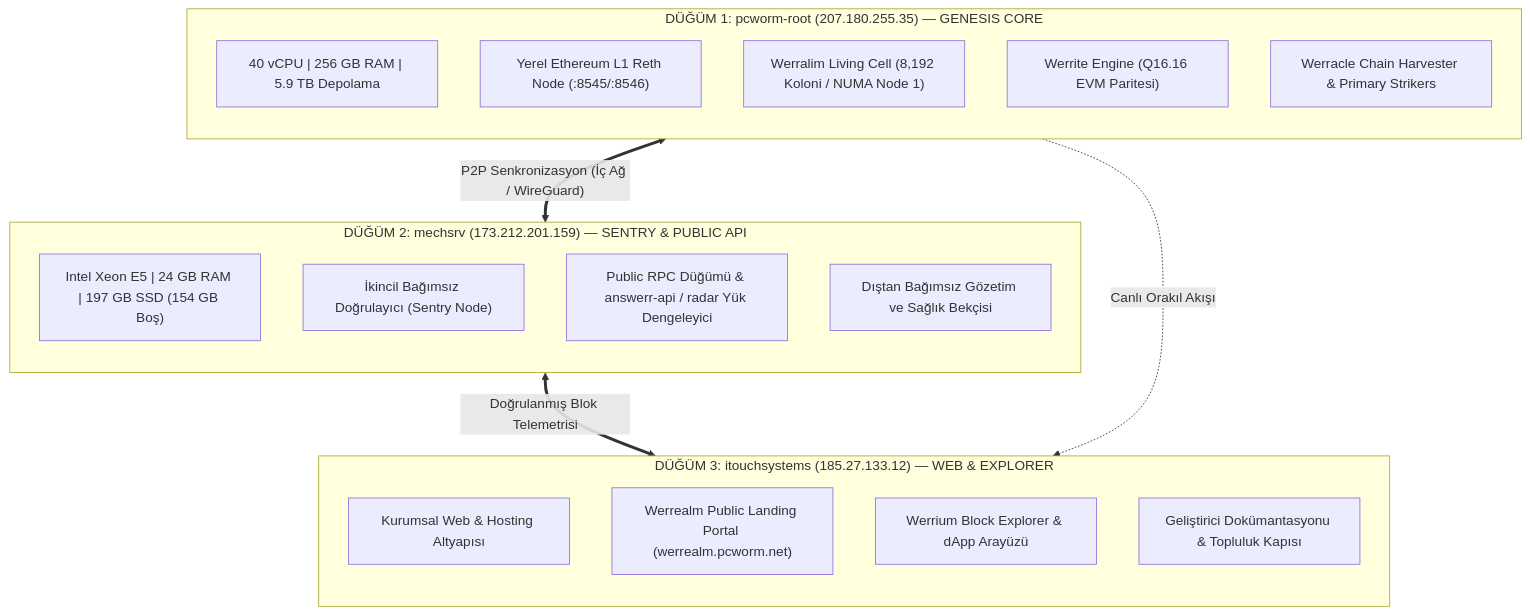
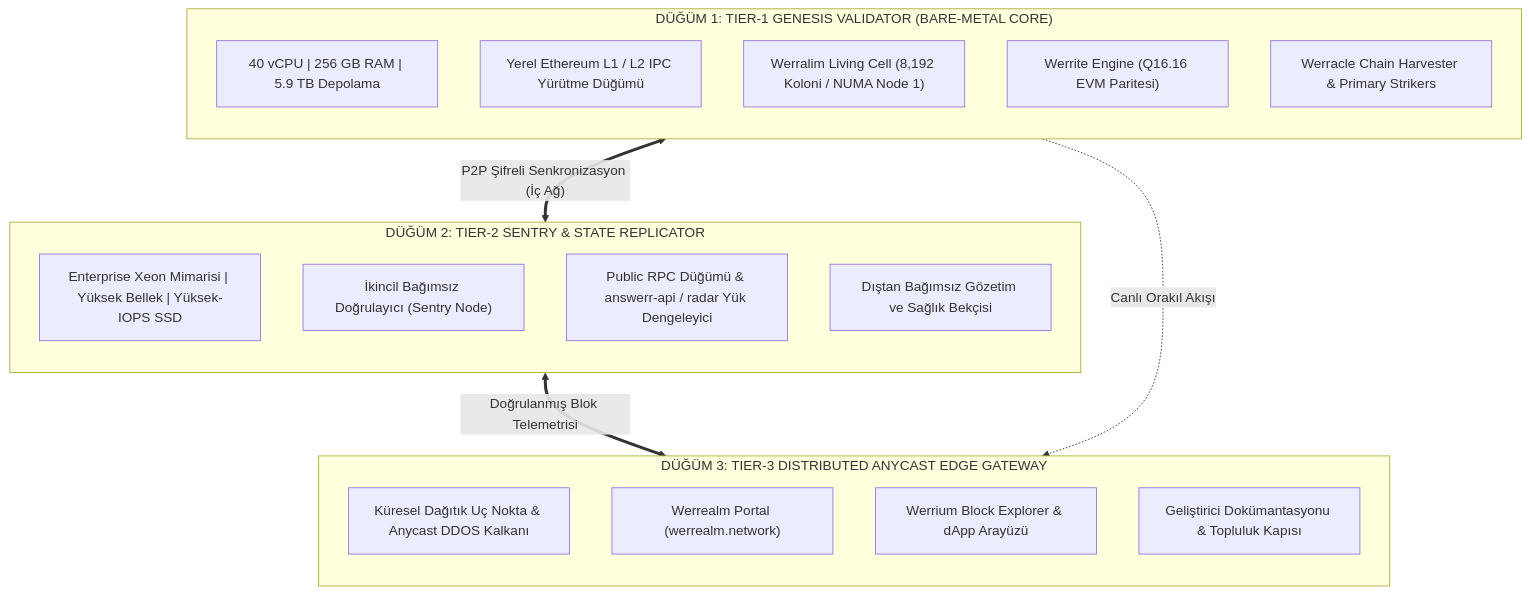
The diagram in docs/HARDWARE_STORAGE_ARCHITECTURE.md (pCwOrM/werrealm), drawn with Mermaid before and after one commit. The commit also changed other lines of this file and 4 other files, not shown here.

Commit message:
feat(docs): sanitize architecture, publish comprehensive tokenomics, depin architecture, and manifesto portals

````diff
--- a/docs/HARDWARE_STORAGE_ARCHITECTURE.md
+++ b/docs/HARDWARE_STORAGE_ARCHITECTURE.md
@@ -15,31 +15,31 @@
 ```mermaid
 flowchart TD
-    subgraph S1["DÜĞÜM 1: pcworm-root (207.180.255.35) — GENESIS CORE"]
+    subgraph S1["DÜĞÜM 1: TIER-1 GENESIS VALIDATOR (BARE-METAL CORE)"]
         direction TB
         C1["40 vCPU | 256 GB RAM | 5.9 TB Depolama"]
-        L1["Yerel Ethereum L1 Reth Node (:8545/:8546)"]
+        L1["Yerel Ethereum L1 / L2 IPC Yürütme Düğümü"]
         CELL["Werralim Living Cell (8,192 Koloni / NUMA Node 1)"]
         WERRITE["Werrite Engine (Q16.16 EVM Paritesi)"]
         HARVEST["Werracle Chain Harvester & Primary Strikers"]
     end
 
-    subgraph S2["DÜĞÜM 2: mechsrv (173.212.201.159) — SENTRY & PUBLIC API"]
+    subgraph S2["DÜĞÜM 2: TIER-2 SENTRY & STATE REPLICATOR"]
         direction TB
-        C2["Intel Xeon E5 | 24 GB RAM | 197 GB SSD (154 GB Boş)"]
+        C2["Enterprise Xeon Mimarisi | Yüksek Bellek | Yüksek-IOPS SSD"]
         VALIDATOR2["İkincil Bağımsız Doğrulayıcı (Sentry Node)"]
         API_REP["Public RPC Düğümü & answerr-api / radar Yük Dengeleyici"]
         HEALTH["Dıştan Bağımsız Gözetim ve Sağlık Bekçisi"]
     end
 
-    subgraph S3["DÜĞÜM 3: itouchsystems (185.27.133.12) — WEB & EXPLORER"]
+    subgraph S3["DÜĞÜM 3: TIER-3 DISTRIBUTED ANYCAST EDGE GATEWAY"]
         direction TB
-        C3["Kurumsal Web & Hosting Altyapısı"]
-        PORTAL["Werrealm Public Landing Portal (werrealm.pcworm.net)"]
+        C3["Küresel Dağıtık Uç Nokta & Anycast DDOS Kalkanı"]
+        PORTAL["Werrealm Portal (werrealm.network)"]
         EXPLORER["Werrium Block Explorer & dApp Arayüzü"]
         COMMUNITY["Geliştirici Dokümantasyonu & Topluluk Kapısı"]
     end
 
-    S1 <==>|"P2P Senkronizasyon (İç Ağ / WireGuard)"| S2
+    S1 <==>|"P2P Şifreli Senkronizasyon (İç Ağ)"| S2
     S2 <==>|"Doğrulanmış Blok Telemetrisi"| S3
     S1 -.->|"Canlı Orakıl Akışı"| S3
 ```
````
